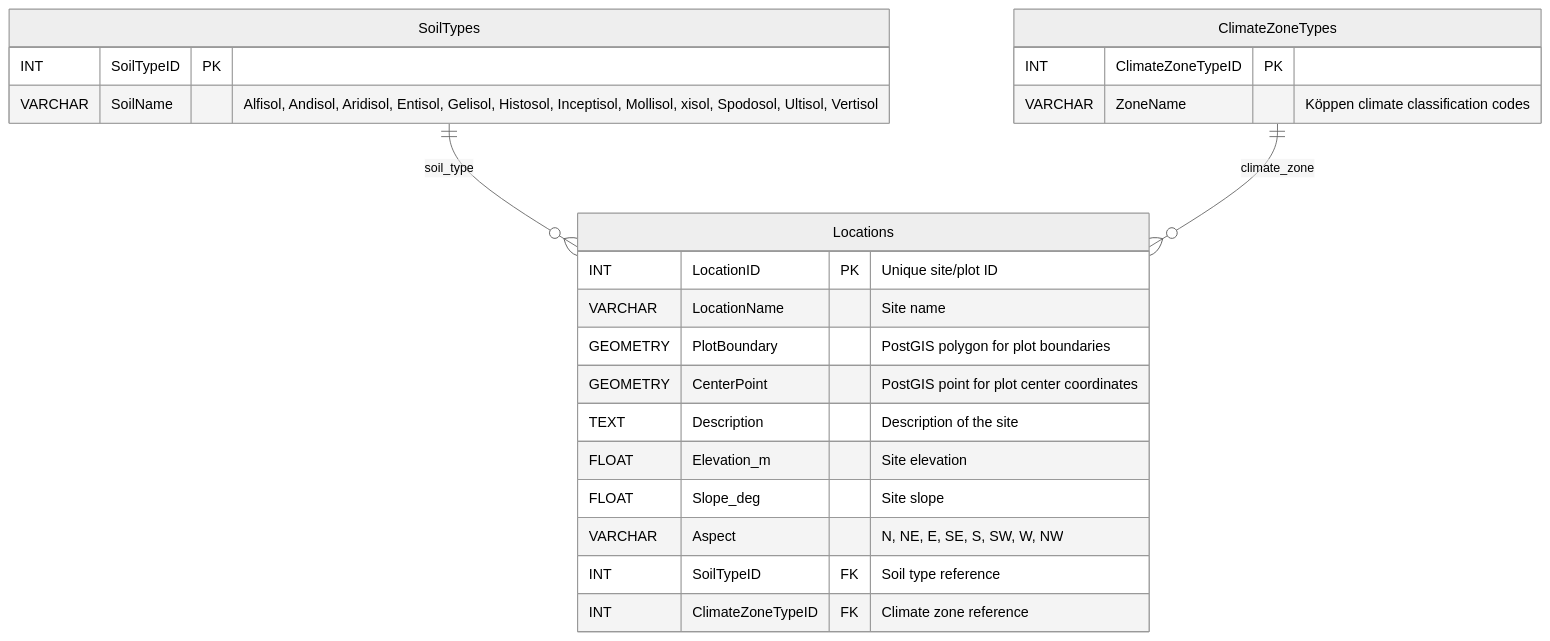
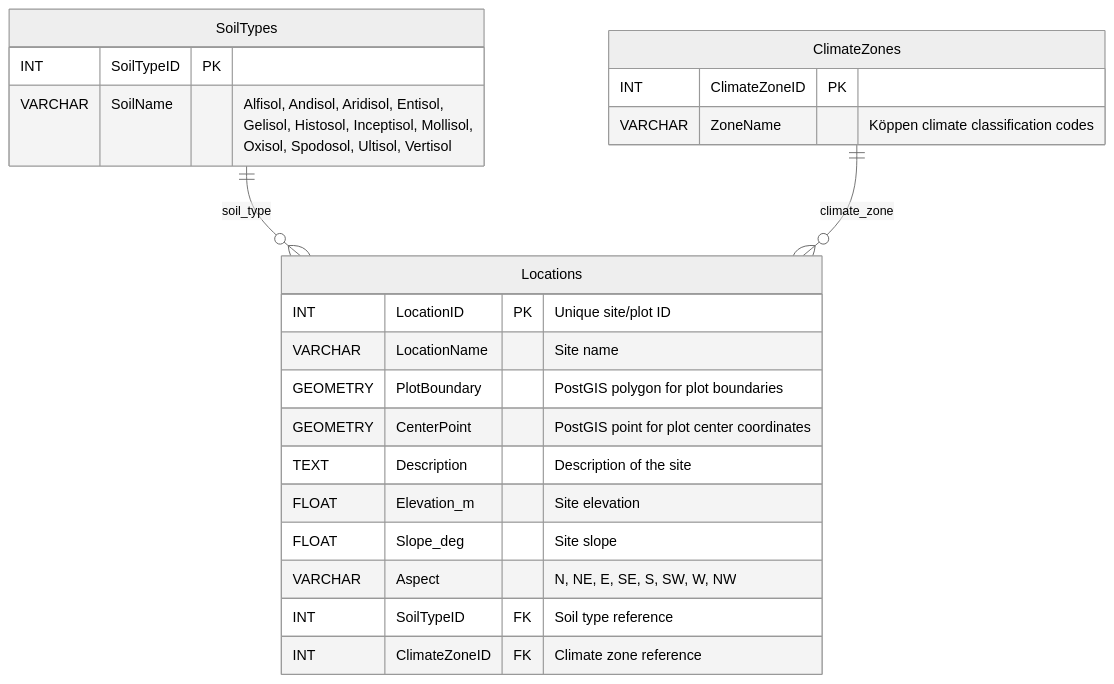
The second of 10 diagrams in docs/architecture/database.md (XRFutureForests/digital-twin-db), drawn with Mermaid before and after one commit. The commit also changed other lines of this file, not shown here.

````diff
--- a/docs/architecture/database.md
+++ b/docs/architecture/database.md
@@ -89,31 +99,31 @@
 ```mermaid
 %%{init: {
   "theme": "neutral"
 }}%%
 erDiagram
     Locations {
         INT LocationID PK "Unique site/plot ID"
         VARCHAR LocationName "Site name"
         GEOMETRY PlotBoundary "PostGIS polygon for plot boundaries"
         GEOMETRY CenterPoint "PostGIS point for plot center coordinates"
         TEXT Description "Description of the site"
         FLOAT Elevation_m "Site elevation"
         FLOAT Slope_deg "Site slope"
         VARCHAR Aspect "N, NE, E, SE, S, SW, W, NW"
         INT SoilTypeID FK "Soil type reference"
-        INT ClimateZoneTypeID FK "Climate zone reference"
+        INT ClimateZoneID FK "Climate zone reference"
     }
 
     SoilTypes {
         INT SoilTypeID PK
-        VARCHAR SoilName "Alfisol, Andisol, Aridisol, Entisol, Gelisol, Histosol, Inceptisol, Mollisol, xisol, Spodosol, Ultisol, Vertisol"
+        VARCHAR SoilName "Alfisol, Andisol, Aridisol, Entisol,<br>Gelisol, Histosol, Inceptisol, Mollisol,<br>Oxisol, Spodosol, Ultisol, Vertisol"
     }
 
-    ClimateZoneTypes {
-        INT ClimateZoneTypeID PK
+    ClimateZones {
+        INT ClimateZoneID PK
         VARCHAR ZoneName "Köppen climate classification codes"
     }
 
     SoilTypes ||--o{ Locations : soil_type
-    ClimateZoneTypes ||--o{ Locations : climate_zone
+    ClimateZones ||--o{ Locations : climate_zone
 ```
````
